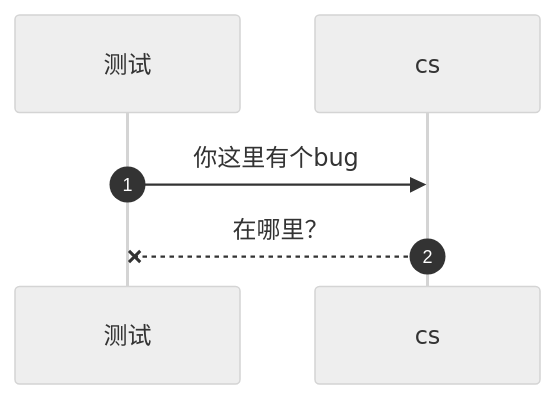
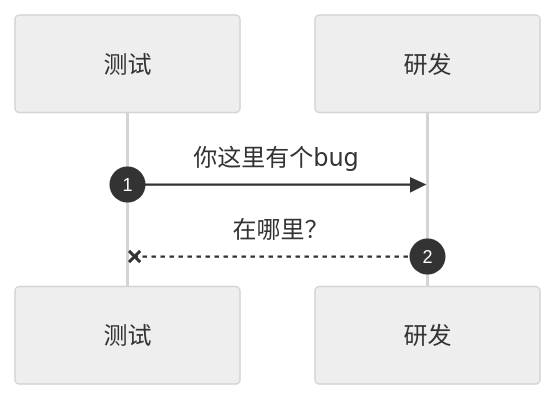
One commit to dadins/dadins.github.io changed the sixth of 15 diagrams in 3-way-handshake.md. Above: the diagram before and after it, drawn with Mermaid (neutral theme). The commit also changed other lines of this file, not shown here.

````diff
--- a/3-way-handshake.md
+++ b/3-way-handshake.md
@@ -238,8 +238,8 @@
 ```mermaid
 sequenceDiagram
 participant 测试
-participant cs
+participant 研发
 autonumber
-测试->> cs: 你这里有个bug 
-cs --x 测试:  在哪里？
+测试 ->> 研发: 你这里有个bug 
+研发 --x 测试:  在哪里？
 ```
````
